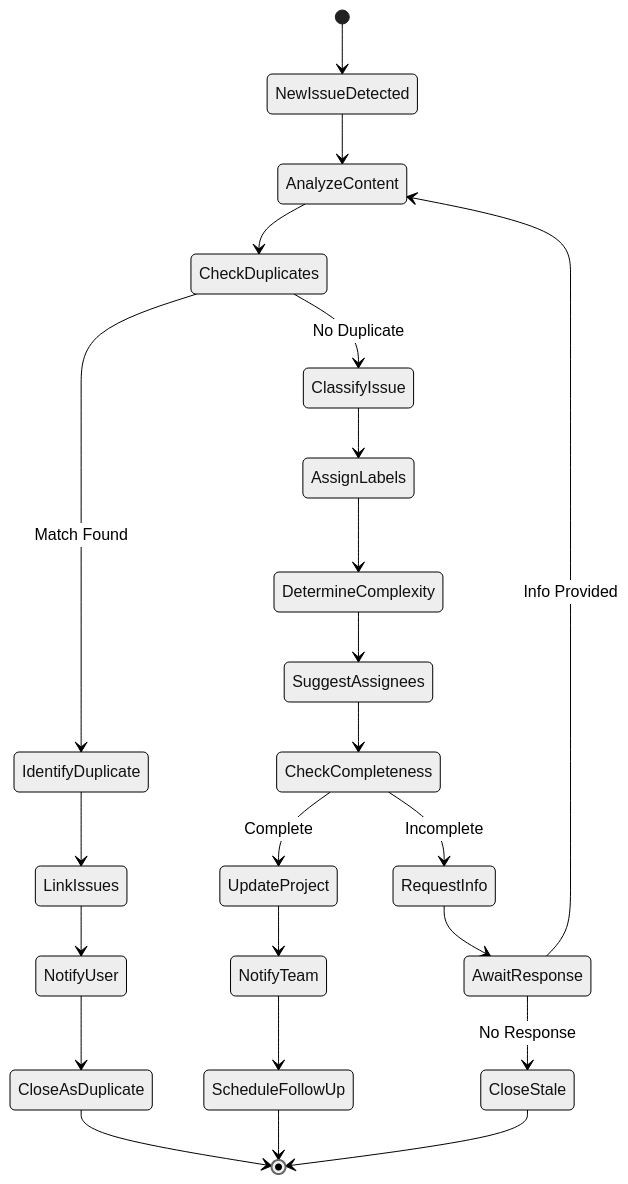
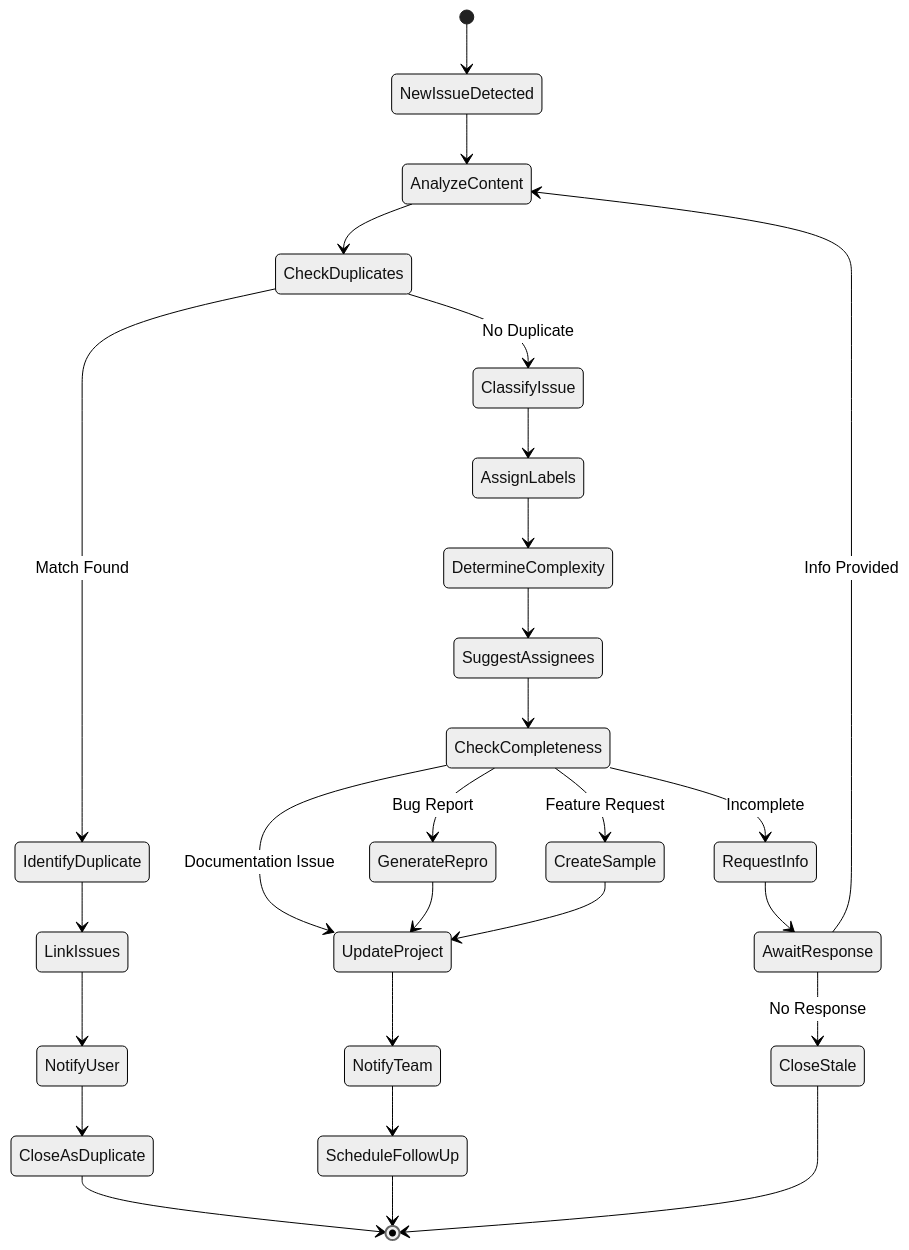
Before and after one commit to smokeyScraper/Devr.AI: the ninth of 12 diagrams in README.md, drawn with Mermaid (neutral theme). The commit also changed other lines of this file and 4 other files, not shown here.

Commit message:
update architecture and landing page

````diff
--- a/README.md
+++ b/README.md
@@ -533,34 +939,39 @@
 ```mermaid
 stateDiagram-v2
     [*] --> NewIssueDetected
-    
+
     NewIssueDetected --> AnalyzeContent
-    
+
     AnalyzeContent --> CheckDuplicates
     CheckDuplicates --> IdentifyDuplicate: Match Found
     CheckDuplicates --> ClassifyIssue: No Duplicate
 
     IdentifyDuplicate --> LinkIssues
     LinkIssues --> NotifyUser
     NotifyUser --> CloseAsDuplicate
     CloseAsDuplicate --> [*]
-    
+
     ClassifyIssue --> AssignLabels
     AssignLabels --> DetermineComplexity
-    
+
     DetermineComplexity --> SuggestAssignees
     SuggestAssignees --> CheckCompleteness
-    
+
     CheckCompleteness --> RequestInfo: Incomplete
-    CheckCompleteness --> UpdateProject: Complete
-    
+    CheckCompleteness --> GenerateRepro: Bug Report
+    CheckCompleteness --> CreateSample: Feature Request
+    CheckCompleteness --> UpdateProject: Documentation Issue
+
     RequestInfo --> AwaitResponse
     AwaitResponse --> AnalyzeContent: Info Provided
     AwaitResponse --> CloseStale: No Response
-    
+
+    GenerateRepro --> UpdateProject
+    CreateSample --> UpdateProject
+
     UpdateProject --> NotifyTeam
     NotifyTeam --> ScheduleFollowUp
     ScheduleFollowUp --> [*]
-    
+
     CloseStale --> [*]
 ```
````
